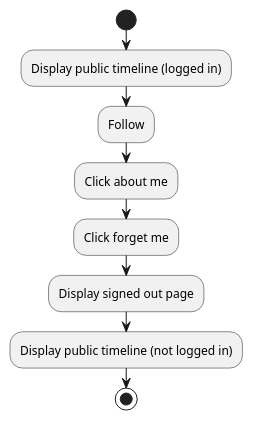
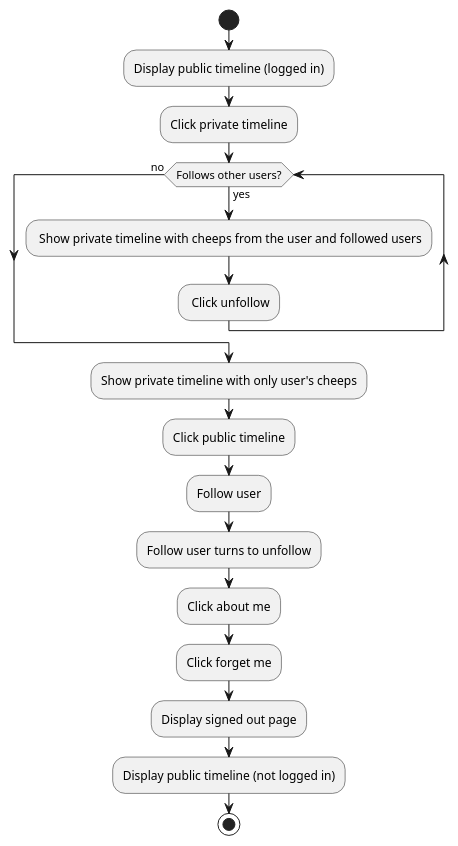
The diagram in docs/diagrams/activity2.puml (ITU-BDSA23-GROUP14/Chirp), drawn with PlantUML before and after one commit. The commit also changed 6 other files, not shown here.

```diff
--- a/docs/diagrams/activity2.puml
+++ b/docs/diagrams/activity2.puml
@@ -1,10 +1,18 @@
 @startuml activity-diagram2
 start
 :Display public timeline (logged in);
-:Follow;
+:Click private timeline;
+while (Follows other users?) is (yes)
+    : Show private timeline with cheeps from the user and followed users;
+    : Click unfollow;
+endwhile (no)
+:Show private timeline with only user's cheeps;
+:Click public timeline;
+:Follow user;
+:Follow user turns to unfollow;
 :Click about me;
 :Click forget me;
 :Display signed out page;
 :Display public timeline (not logged in);
 stop
 @enduml
```
